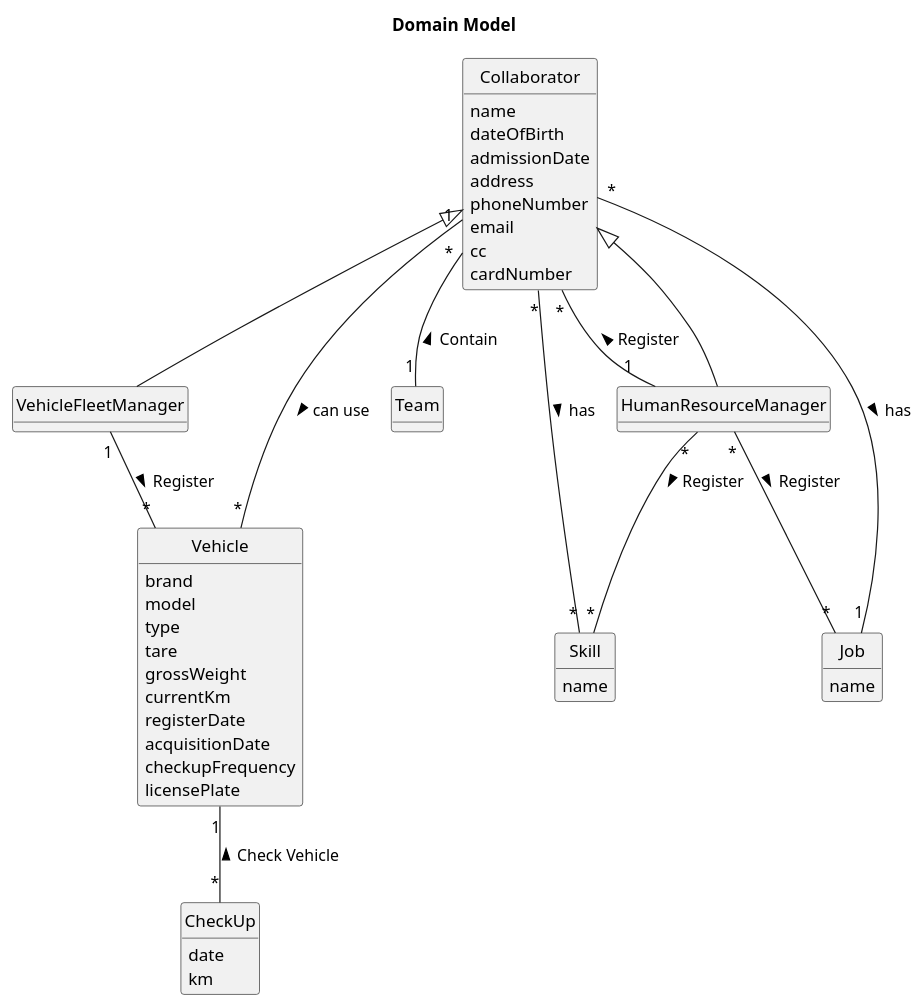
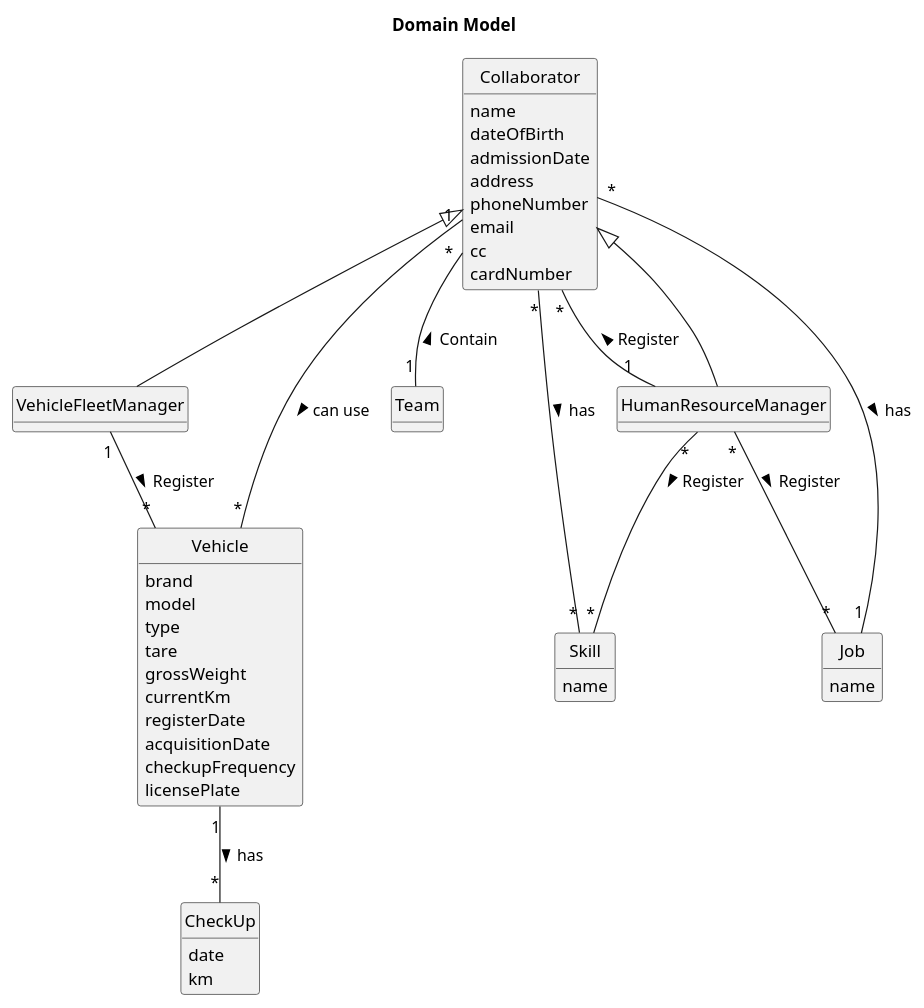
Before and after one commit to Departamento-de-Engenharia-Informatica/lei-24-s2-1db-g022: the diagram in docs/sprintA/global-artifacts/02.analysis/puml/project-domain-model.puml, drawn with PlantUML. The commit also changed 1 other file, not shown here.

```diff
--- a/docs/sprintA/global-artifacts/02.analysis/puml/project-domain-model.puml
+++ b/docs/sprintA/global-artifacts/02.analysis/puml/project-domain-model.puml
@@ -1,88 +1,74 @@
 @startuml
 skinparam monochrome true
 skinparam packageStyle rectangle
 skinparam shadowing false
-'skinparam linetype ortho
-'left to right direction
 skinparam classAttributeIconSize 0
 hide circle
 hide methods
 
 title Domain Model
-
-'class Platform {
-'  -description
-'}
-
 
 
 class Collaborator {
     name
     dateOfBirth
     admissionDate
     address
     phoneNumber
     email
     cc
     cardNumber
 
 }
 class VehicleFleetManager {
 
 }
 class HumanResourceManager {
 
 
 }
 
 class Team{
 
 }
 
 class Vehicle{
     brand
     model
     type
     tare
     grossWeight
     currentKm
     registerDate
     acquisitionDate
     checkupFrequency
     licensePlate
 }
 
 class CheckUp{
     date
     km
 }
 
 class Skill{
     name
 }
 
 class Job{
     name
 }
 
 
 Collaborator  <|--  HumanResourceManager
 Collaborator <|-- VehicleFleetManager
 HumanResourceManager "1" -- "*" Collaborator : Register >
 Collaborator "1" -- "*" Vehicle : can use >
 Collaborator "*" -- "1" Team : Contain <
-Vehicle "1" -- "*" CheckUp :  Check Vehicle <
+Vehicle "1" -- "*" CheckUp :  has >
 HumanResourceManager "*" -- "*" Skill : Register >
 Skill "*" -- "*" Collaborator : has <
 Job "1" -- "*" Collaborator : has <
 HumanResourceManager "*" -- "*" Job : Register >
 VehicleFleetManager "1" -- "*" Vehicle : Register >
 
-
-
-
-
-
-
-
 @enduml
```
